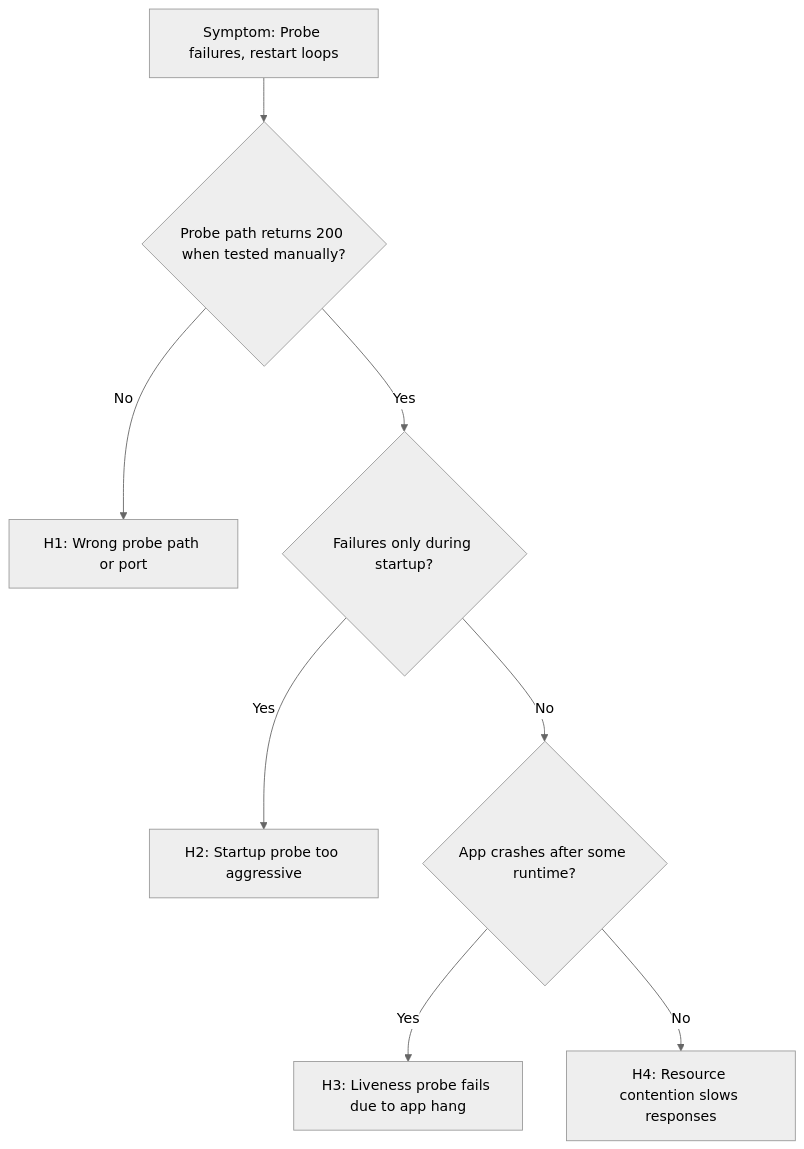
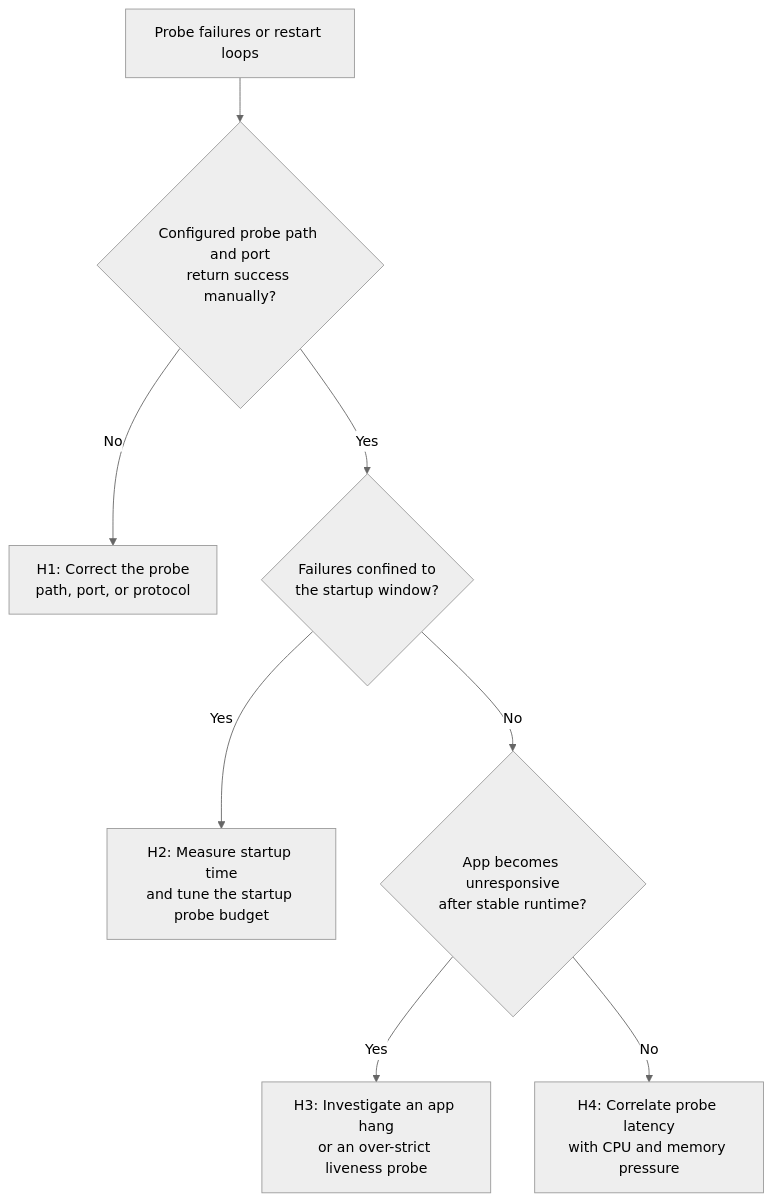
Before and after one commit to yeongseon/azure-container-apps-practical-guide: the diagram in docs/troubleshooting/playbooks/startup-and-provisioning/probe-failure-and-slow-start.md, drawn with Mermaid (neutral theme). The commit also changed other lines of this file and 19 other files, not shown here.

First line of the commit message:
docs(diagrams): migrate remaining troubleshooting diagrams (#629)

````diff
--- a/docs/troubleshooting/playbooks/startup-and-provisioning/probe-failure-and-slow-start.md
+++ b/docs/troubleshooting/playbooks/startup-and-provisioning/probe-failure-and-slow-start.md
@@ -37,10 +37,22 @@
 ```mermaid
-graph TD
-    A[Symptom: Probe failures, restart loops] --> B{Probe path returns 200 when tested manually?}
-    B -->|No| H1[H1: Wrong probe path or port]
-    B -->|Yes| C{Failures only during startup?}
-    C -->|Yes| H2[H2: Startup probe too aggressive]
-    C -->|No| D{App crashes after some runtime?}
-    D -->|Yes| H3[H3: Liveness probe fails due to app hang]
-    D -->|No| H4[H4: Resource contention slows responses]
+flowchart TD
+    accTitle: Classify probe failures by path, timing, and runtime health
+    accDescr: Verify the configured endpoint first, then separate startup-only failures from later liveness failures and resource-related response delays.
+
+    START[Probe failures or restart loops]
+    ENDPOINT{Configured probe path and port<br/>return success manually?}
+    PATH[H1: Correct the probe<br/>path, port, or protocol]
+    STARTUP{Failures confined to<br/>the startup window?}
+    BUDGET[H2: Measure startup time<br/>and tune the startup probe budget]
+    RUNTIME{App becomes unresponsive<br/>after stable runtime?}
+    LIVENESS[H3: Investigate an app hang<br/>or an over-strict liveness probe]
+    RESOURCES[H4: Correlate probe latency<br/>with CPU and memory pressure]
+
+    START --> ENDPOINT
+    ENDPOINT -->|No| PATH
+    ENDPOINT -->|Yes| STARTUP
+    STARTUP -->|Yes| BUDGET
+    STARTUP -->|No| RUNTIME
+    RUNTIME -->|Yes| LIVENESS
+    RUNTIME -->|No| RESOURCES
 ```
````
